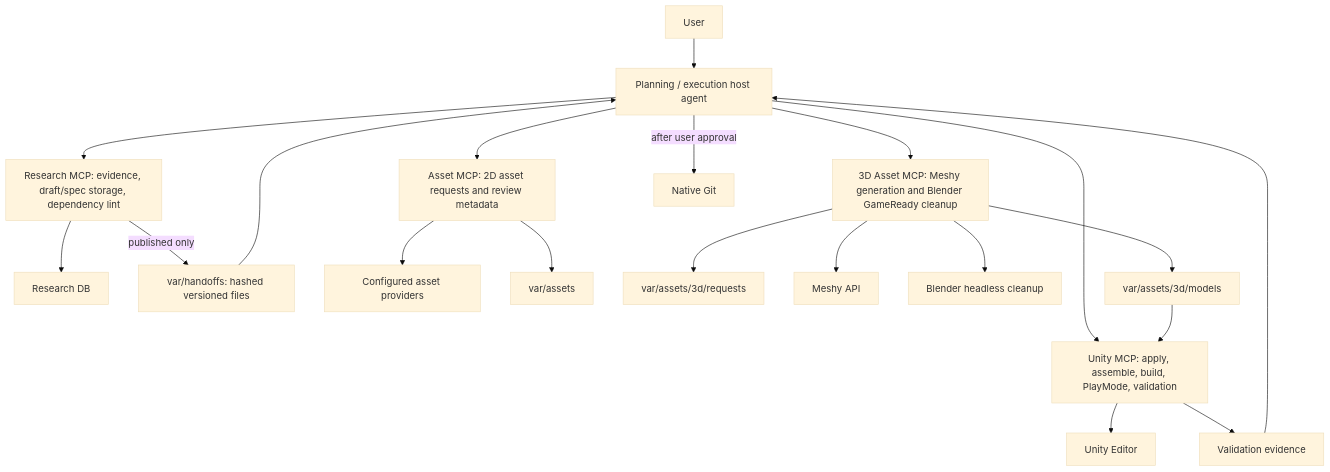
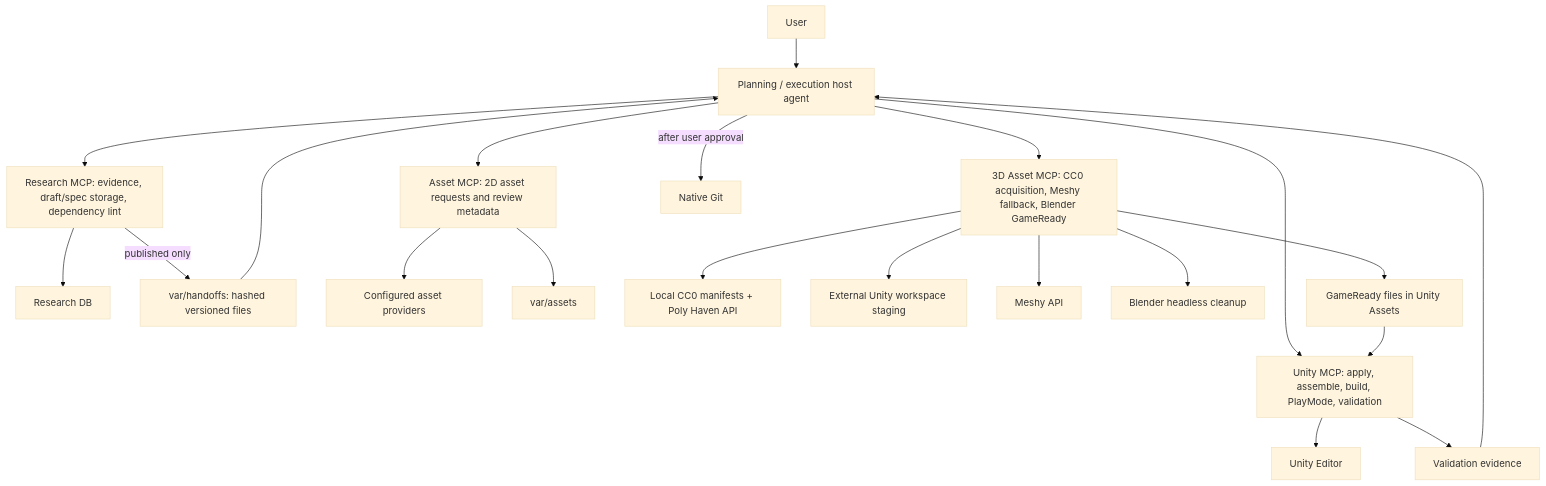
One commit to JugleGame/Game-Develop-Orchestration changed the diagram in docs/architecture.md. Above: the diagram before and after it, drawn with Mermaid (base theme). The commit also changed other lines of this file and 9 other files, not shown here.

Commit message:
feat(asset3d): CC0 우선 Unity 전달 파이프라인

````diff
--- a/docs/architecture.md
+++ b/docs/architecture.md
@@ -8,19 +8,20 @@
 ```mermaid
 flowchart TB
     U["User"] --> H["Planning / execution host agent"]
     H --> R["Research MCP: evidence, draft/spec storage, dependency lint"]
     H --> N["Unity MCP: apply, assemble, build, PlayMode, validation"]
     H --> A["Asset MCP: 2D asset requests and review metadata"]
-    H --> A3["3D Asset MCP: Meshy generation and Blender GameReady cleanup"]
+    H --> A3["3D Asset MCP: CC0 acquisition, Meshy fallback, Blender GameReady"]
     R --> DB["Research DB"]
     R -->|"published only"| HO["var/handoffs: hashed versioned files"] --> H
     N --> UE["Unity Editor"]
     A --> PX["Configured asset providers"]
     A --> V["var/assets"]
-    A3 --> R3["var/assets/3d/requests"]
+    A3 --> C3["Local CC0 manifests + Poly Haven API"]
+    A3 --> R3["External Unity workspace staging"]
     A3 --> M3["Meshy API"]
     A3 --> B3["Blender headless cleanup"]
-    A3 --> V3["var/assets/3d/models"] --> N
+    A3 --> V3["GameReady files in Unity Assets"] --> N
     N --> E["Validation evidence"] --> H
     H -->|"after user approval"| G["Native Git"]
 ```
````
